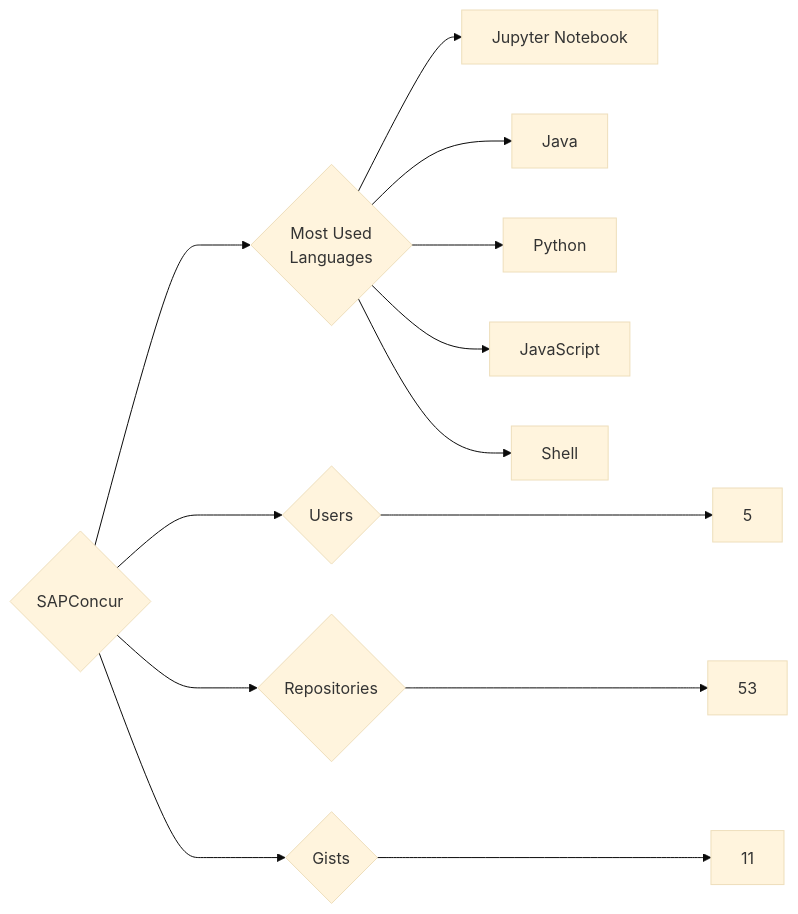
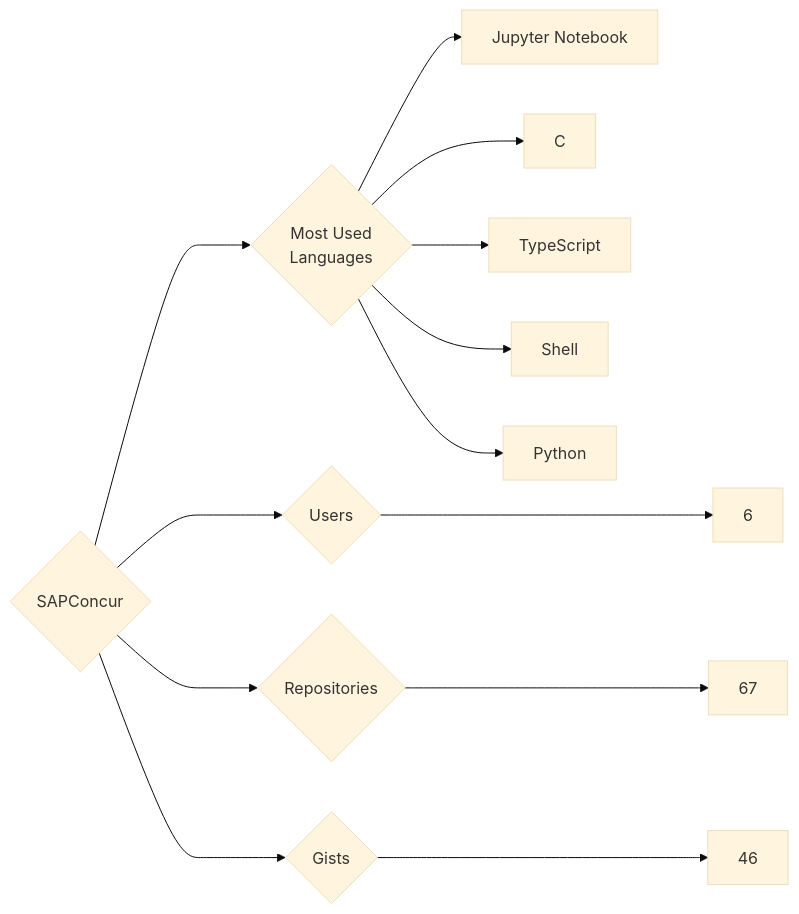
The diagram in targets/SAPConcur/README.md (trickest/insiders), drawn with Mermaid (base theme) before and after one commit. The commit also changed 1508 other files, not shown here.

````diff
--- a/targets/SAPConcur/README.md
+++ b/targets/SAPConcur/README.md
@@ -3,13 +3,13 @@
 ```mermaid
 graph LR
 COMPANY_NAME{SAPConcur}
-COMPANY_NAME ---> U{Users} ---> UN[5]
-COMPANY_NAME ---> R{Repositories} ---> RN[53]
-COMPANY_NAME ---> G{Gists} ---> GN[11]
+COMPANY_NAME ---> U{Users} ---> UN[6]
+COMPANY_NAME ---> R{Repositories} ---> RN[67]
+COMPANY_NAME ---> G{Gists} ---> GN[46]
 COMPANY_NAME ---> ML{Most Used<br>Languages}
 ML --> Jupyter_Notebook[Jupyter Notebook]
-ML --> Java[Java]
+ML --> C[C]
+ML --> TypeScript[TypeScript]
+ML --> Shell[Shell]
 ML --> Python[Python]
-ML --> JavaScript[JavaScript]
-ML --> Shell[Shell]
 ```
````
